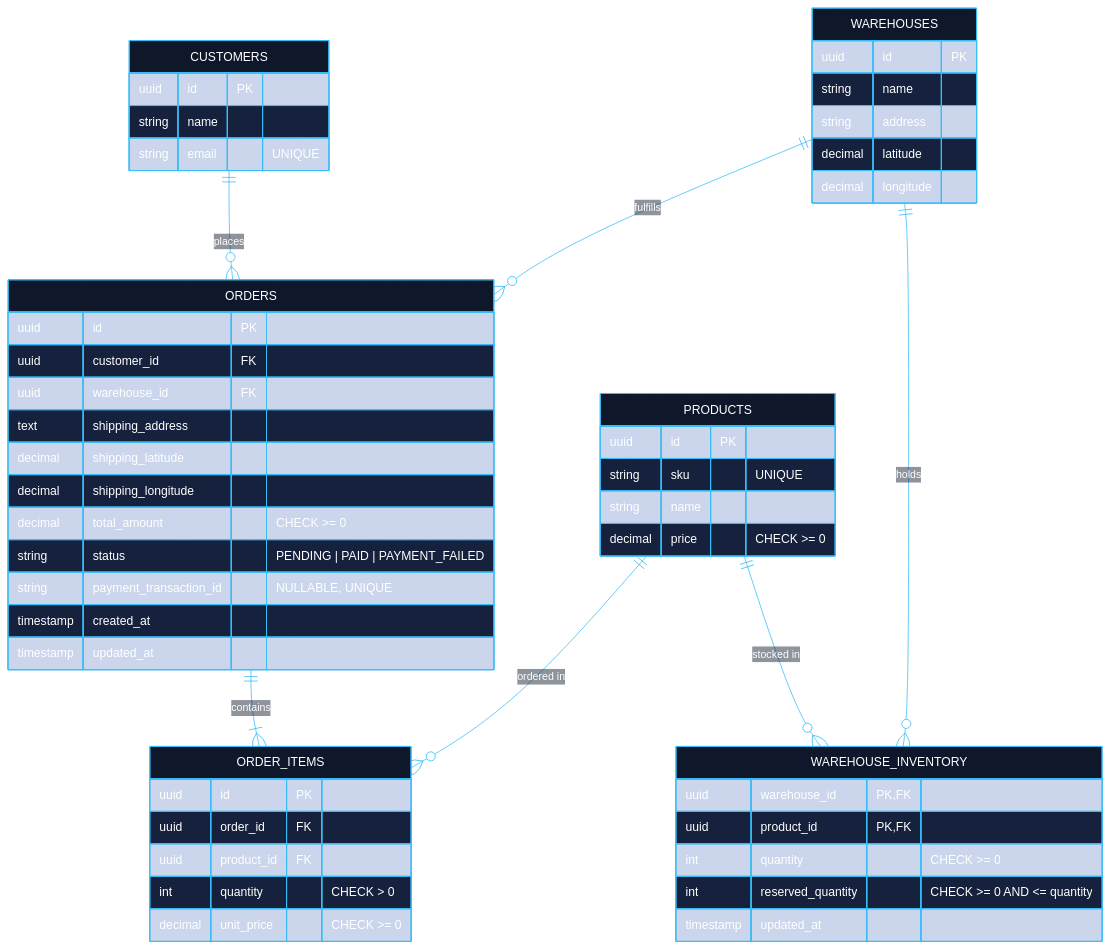
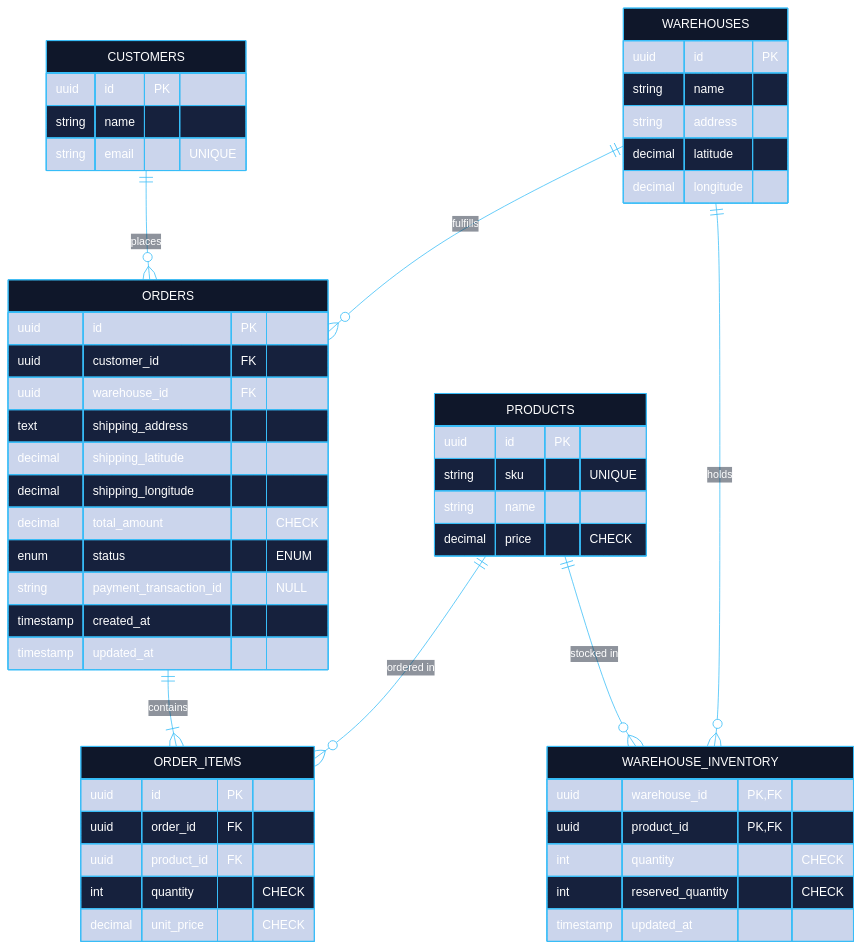
One commit to Valentina17varela/technical-challenges changed the second of 2 diagrams in order-fulfillment-service/README.md. Above: the diagram before and after it, drawn with Mermaid. The commit also changed other lines of this file, not shown here.

Commit message:
[UPDATE] - improve docs

````diff
--- a/order-fulfillment-service/README.md
+++ b/order-fulfillment-service/README.md
@@ -105,77 +105,77 @@
 ```mermaid
 %%{init: {
   'theme': 'base',
   'themeVariables': {
     'background': 'transparent',
     'primaryColor': '#0F172A',
     'primaryTextColor': '#FFFFFF',
     'primaryBorderColor': '#38BDF8',
     'lineColor': '#38BDF8',
     'tertiaryColor': '#1E293B',
     'tertiaryBorderColor': '#0284C7',
     'attributeBackgroundColorOdd': '#1E293B',
     'attributeBackgroundColorEven': '#0F172A',
     'attributeColor': '#F8FAFC',
     'entityBorder': '#38BDF8',
     'fontFamily': 'inter, system-ui, sans-serif'
   }
 }}%%
 erDiagram
     CUSTOMERS ||--o{ ORDERS : "places"
     ORDERS ||--|{ ORDER_ITEMS : "contains"
     WAREHOUSES ||--o{ ORDERS : "fulfills"
     PRODUCTS ||--o{ ORDER_ITEMS : "ordered in"
     PRODUCTS ||--o{ WAREHOUSE_INVENTORY : "stocked in"
     WAREHOUSES ||--o{ WAREHOUSE_INVENTORY : "holds"
 
     CUSTOMERS {
         uuid id PK
         string name
         string email "UNIQUE"
     }
 
     PRODUCTS {
         uuid id PK
         string sku "UNIQUE"
         string name
-        decimal price "CHECK >= 0"
+        decimal price "CHECK"
     }
 
     WAREHOUSES {
         uuid id PK
         string name
         string address
         decimal latitude
         decimal longitude
     }
 
     WAREHOUSE_INVENTORY {
         uuid warehouse_id PK, FK
         uuid product_id PK, FK
-        int quantity "CHECK >= 0"
-        int reserved_quantity "CHECK >= 0 AND <= quantity"
+        int quantity "CHECK"
+        int reserved_quantity "CHECK"
         timestamp updated_at
     }
 
     ORDERS {
         uuid id PK
         uuid customer_id FK
         uuid warehouse_id FK
         text shipping_address
         decimal shipping_latitude
         decimal shipping_longitude
-        decimal total_amount "CHECK >= 0"
-        string status "PENDING | PAID | PAYMENT_FAILED"
-        string payment_transaction_id "NULLABLE, UNIQUE"
+        decimal total_amount "CHECK"
+        enum status "ENUM"
+        string payment_transaction_id "NULL"
         timestamp created_at
         timestamp updated_at
     }
 
     ORDER_ITEMS {
         uuid id PK
         uuid order_id FK
         uuid product_id FK
-        int quantity "CHECK > 0"
-        decimal unit_price "CHECK >= 0"
+        int quantity "CHECK"
+        decimal unit_price "CHECK"
     }
 ```
````
